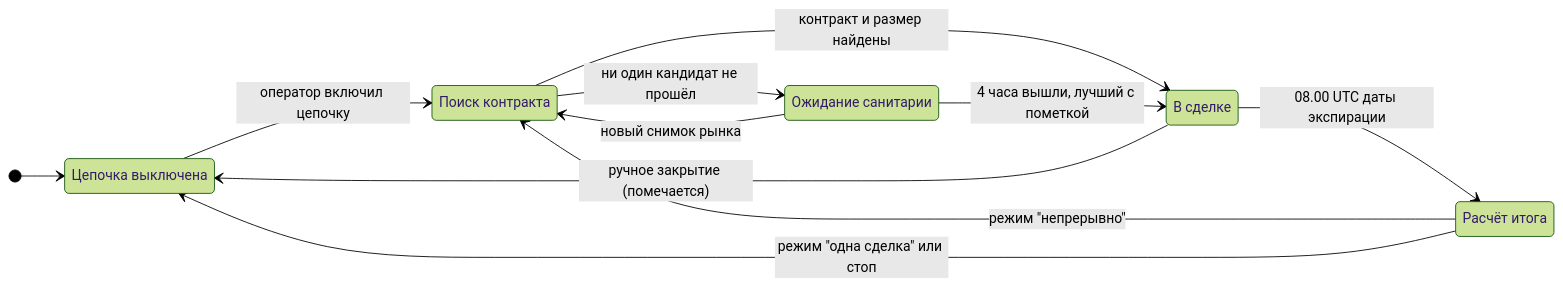
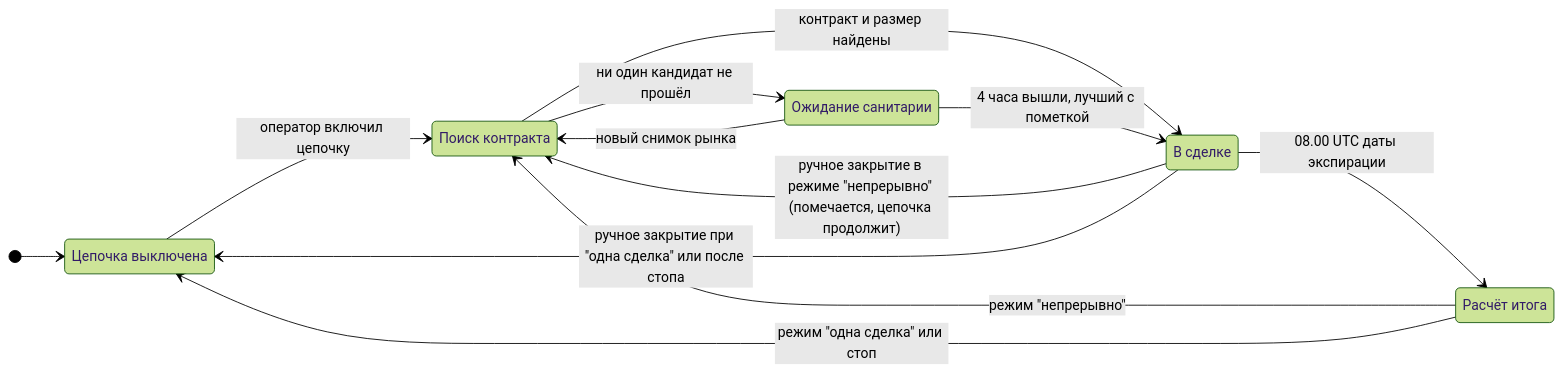
Before and after one commit to hamiltonalex/botLab: the fourth of 6 diagrams in botLab-desktop/docs/bot2-btc-options-how-it-works.ru.md, drawn with Mermaid (forest theme). The commit also changed other lines of this file and 1 other file, not shown here.

````diff
--- a/botLab-desktop/docs/bot2-btc-options-how-it-works.ru.md
+++ b/botLab-desktop/docs/bot2-btc-options-how-it-works.ru.md
@@ -211,19 +214,20 @@
 ```mermaid
 stateDiagram-v2
     direction LR
     Off: Цепочка выключена
     Search: Поиск контракта
     Wait: Ожидание санитарии
     Open: В сделке
     Settle: Расчёт итога
     [*] --> Off
     Off --> Search: оператор включил цепочку
     Search --> Open: контракт и размер найдены
     Search --> Wait: ни один кандидат не прошёл
     Wait --> Search: новый снимок рынка
     Wait --> Open: 4 часа вышли, лучший с пометкой
     Open --> Settle: 08.00 UTC даты экспирации
     Settle --> Search: режим "непрерывно"
     Settle --> Off: режим "одна сделка" или стоп
-    Open --> Off: ручное закрытие (помечается)
+    Open --> Search: ручное закрытие в режиме "непрерывно" (помечается, цепочка продолжит)
+    Open --> Off: ручное закрытие при "одна сделка" или после стопа
 ```
````
